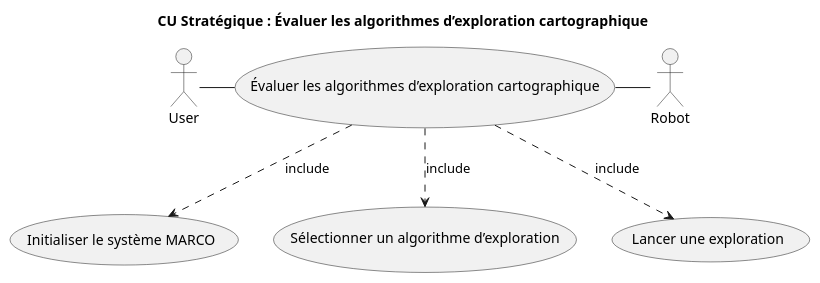
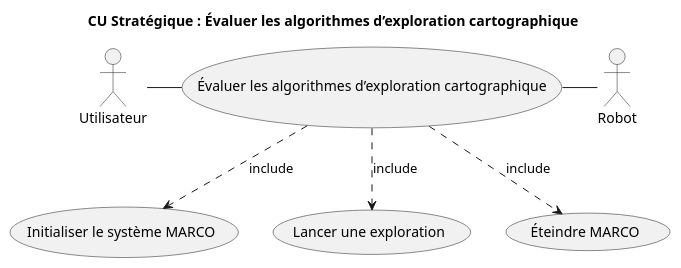
The diagram in Diagrammes UML/1.2.1 CU Stratégique/1.2.1 CU Stratégique.puml (Larson-09/PATO_Project), drawn with PlantUML before and after one commit.

Commit message:
Update 1.2.1 CU Stratégique.puml

```diff
--- a/Diagrammes UML/1.2.1 CU Stratégique/1.2.1 CU Stratégique.puml
+++ b/Diagrammes UML/1.2.1 CU Stratégique/1.2.1 CU Stratégique.puml
@@ -1,18 +1,17 @@
 @startuml
 'https://plantuml.com/use-case-diagram
 
 title CU Stratégique : Évaluer les algorithmes d’exploration cartographique
 skinparam shadowing false
 
 
 
-User as User
+Utilisateur as Utilisateur 
 Robot as Robot
 
-User -right- (Évaluer les algorithmes d’exploration cartographique)
+Utilisateur -right- (Évaluer les algorithmes d’exploration cartographique)
 Robot -left- (Évaluer les algorithmes d’exploration cartographique)
 (Évaluer les algorithmes d’exploration cartographique) -.> (Initialiser le système MARCO) : include
-(Évaluer les algorithmes d’exploration cartographique) -.> (Sélectionner un algorithme d’exploration) : include
 (Évaluer les algorithmes d’exploration cartographique) -.> (Lancer une exploration) : include
-
+(Évaluer les algorithmes d’exploration cartographique) -.> (Éteindre MARCO) : include
 @enduml
```
